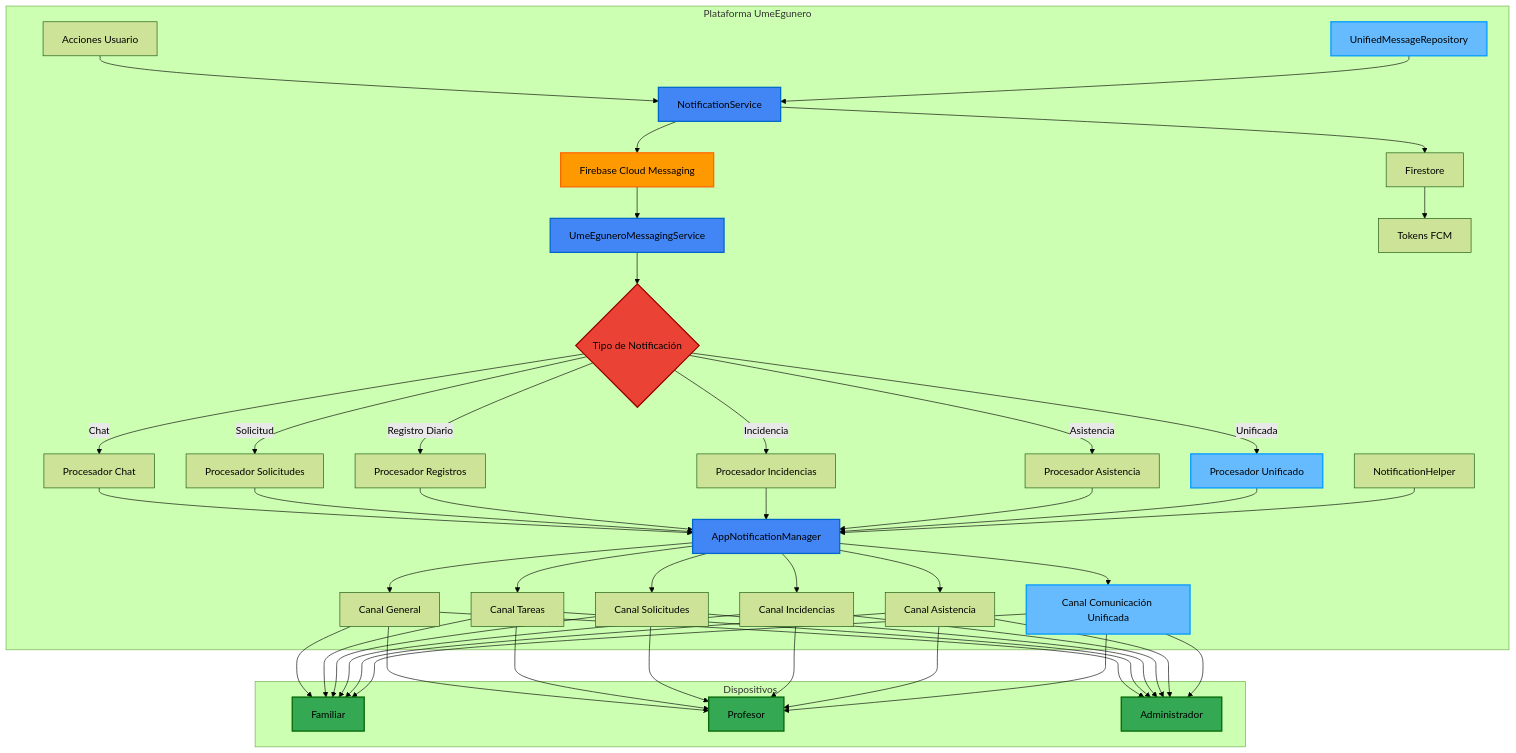
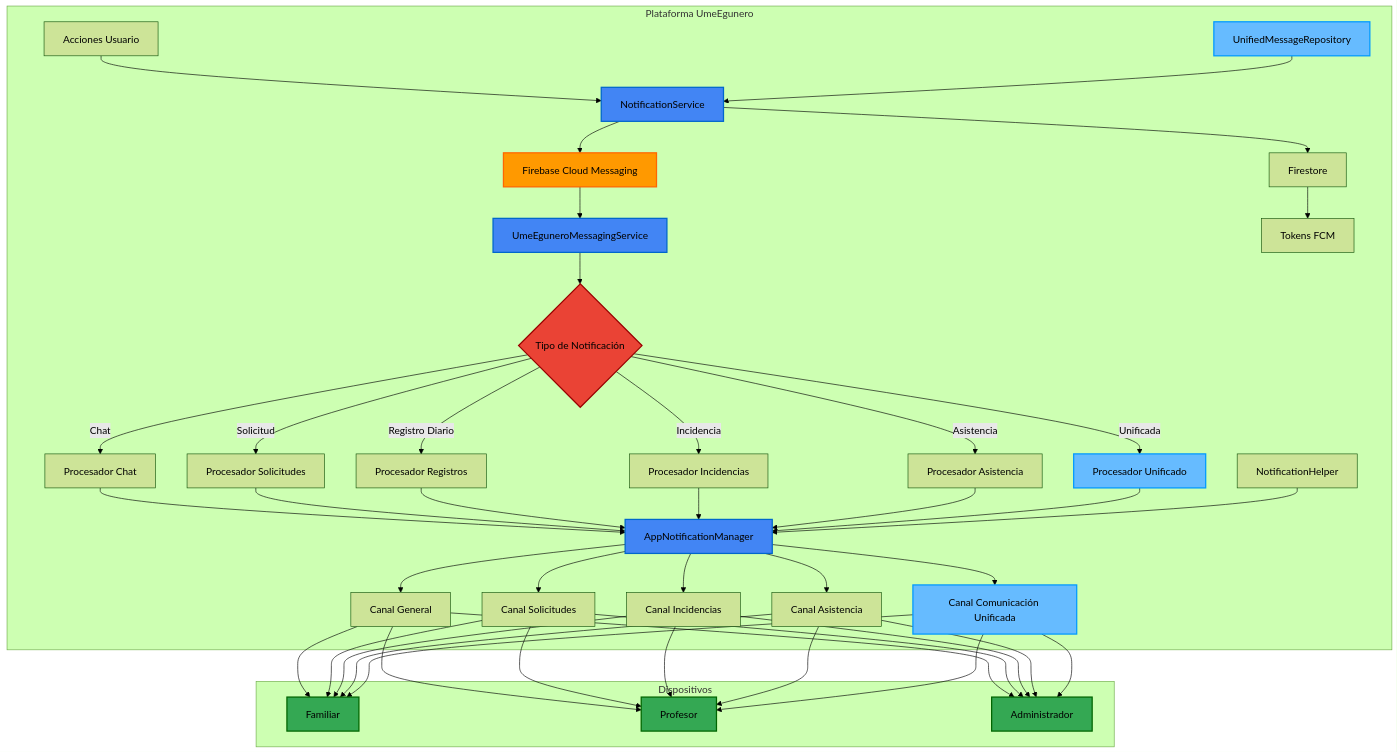
One commit to Nojabeach/UmeEgunero changed the first of 4 diagrams in docs/Sistema_Notificaciones.md. Above: the diagram before and after it, drawn with Mermaid (forest theme). The commit also changed other lines of this file and 71 other files, not shown here.

````diff
--- a/docs/Sistema_Notificaciones.md
+++ b/docs/Sistema_Notificaciones.md
@@ -7,51 +7,50 @@
 ```mermaid
 flowchart TD
     subgraph "Plataforma UmeEgunero"
         A[Firebase Cloud Messaging] --> B[UmeEguneroMessagingService]
         B --> C{Tipo de Notificación}
         C -->|Chat| D[Procesador Chat]
         C -->|Solicitud| E[Procesador Solicitudes]
         C -->|Registro Diario| F[Procesador Registros]
         C -->|Incidencia| G[Procesador Incidencias]
         C -->|Asistencia| H[Procesador Asistencia]
         C -->|Unificada| U[Procesador Unificado]
         
         D & E & F & G & H & U --> I[AppNotificationManager]
         
         I --> J1[Canal General]
-        I --> J2[Canal Tareas]
         I --> J3[Canal Solicitudes]
         I --> J4[Canal Incidencias]
         I --> J5[Canal Asistencia]
         I --> J6[Canal Comunicación Unificada]
         
         K[NotificationService] --> L[Firestore]
         L --> M[Tokens FCM]
         K --> A
         
         N[NotificationHelper] --> I
         O[Acciones Usuario] --> K
         
         P[UnifiedMessageRepository] --> K
     end
     
     subgraph "Dispositivos"
         P1[Familiar] 
         P2[Profesor]
         P3[Administrador]
     end
     
-    J1 & J2 & J3 & J4 & J5 & J6 --> P1 & P2 & P3
+    J1 & J3 & J4 & J5 & J6 --> P1 & P2 & P3
     
     style A fill:#ff9900,stroke:#ff6600,stroke-width:2px
     style I fill:#4285F4,stroke:#0066cc,stroke-width:2px
     style K fill:#4285F4,stroke:#0066cc,stroke-width:2px
     style B fill:#4285F4,stroke:#0066cc,stroke-width:2px
     style C fill:#EA4335,stroke:#990000,stroke-width:2px
     style P1 fill:#34A853,stroke:#006600,stroke-width:2px
     style P2 fill:#34A853,stroke:#006600,stroke-width:2px
     style P3 fill:#34A853,stroke:#006600,stroke-width:2px
     style P fill:#66BBFF,stroke:#0099FF,stroke-width:2px
     style U fill:#66BBFF,stroke:#0099FF,stroke-width:2px
     style J6 fill:#66BBFF,stroke:#0099FF,stroke-width:2px
 ```
````
